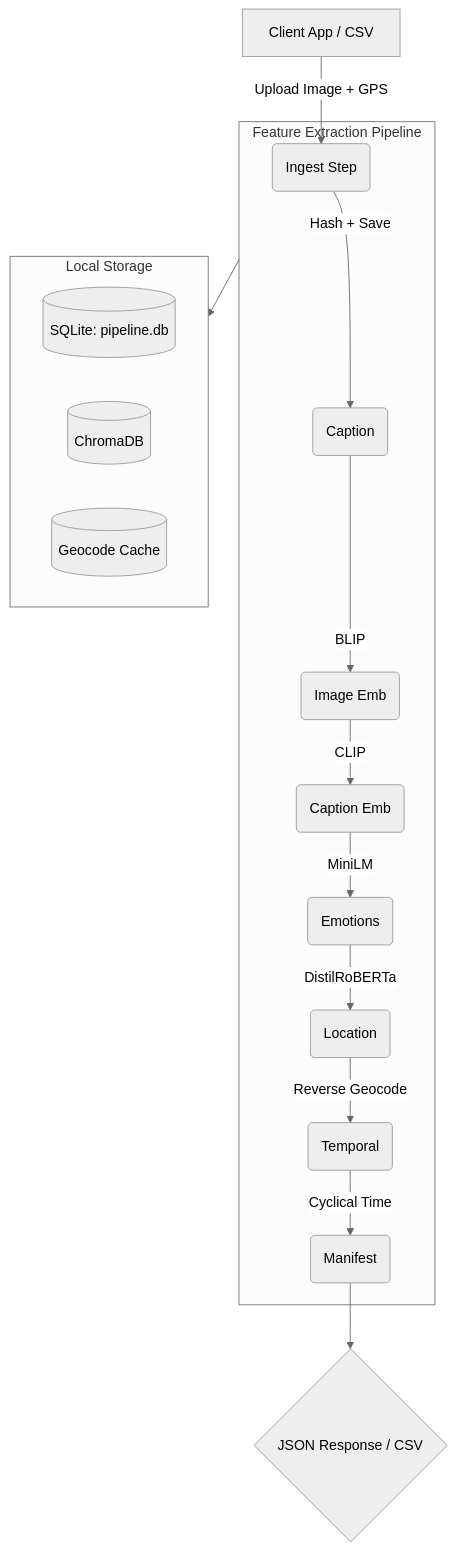
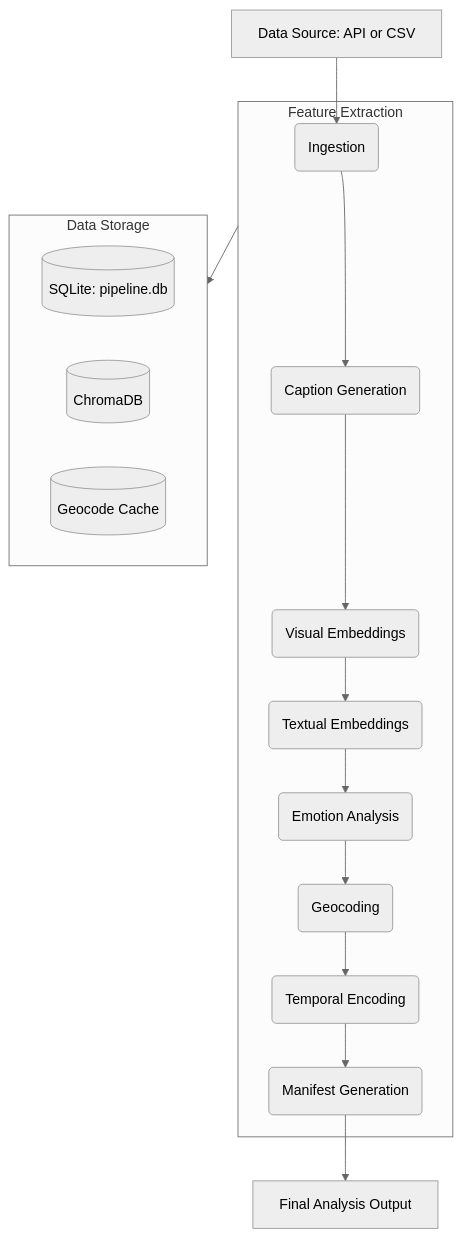
The diagram in analysis_pipeline/README.md (KathiraveluLab/DREAMS), drawn with Mermaid (neutral theme) before and after one commit. The commit also changed other lines of this file and 32 other files, not shown here.

````diff
--- a/analysis_pipeline/README.md
+++ b/analysis_pipeline/README.md
@@ -43,23 +40,23 @@
 ```mermaid
 graph TD
-    A[Client App / CSV] -->|Upload Image + GPS| B(Ingest Step)
+    A[Data Source: API or CSV] --> B(Ingestion)
     
-    subgraph pipeline [Feature Extraction Pipeline]
-        B -->|Hash + Save| C(Caption)
-        C -->|BLIP| D(Image Emb)
-        D -->|CLIP| E(Caption Emb)
-        E -->|MiniLM| F(Emotions)
-        F -->|DistilRoBERTa| G(Location)
-        G -->|Reverse Geocode| H(Temporal)
-        H -->|Cyclical Time| I(Manifest)
+    subgraph pipeline [Feature Extraction]
+        B --> C(Caption Generation)
+        C --> D(Visual Embeddings)
+        D --> E(Textual Embeddings)
+        E --> F(Emotion Analysis)
+        F --> G(Geocoding)
+        G --> H(Temporal Encoding)
+        H --> I(Manifest Generation)
     end
     
-    subgraph storage [Local Storage]
+    subgraph storage [Data Storage]
         S_SQL[(SQLite: pipeline.db)]
         S_Chroma[(ChromaDB)]
         S_Cache[(Geocode Cache)]
     end
     
     pipeline --> storage
-    I --> J{JSON Response / CSV}
+    I --> J[Final Analysis Output]
 ```
````
